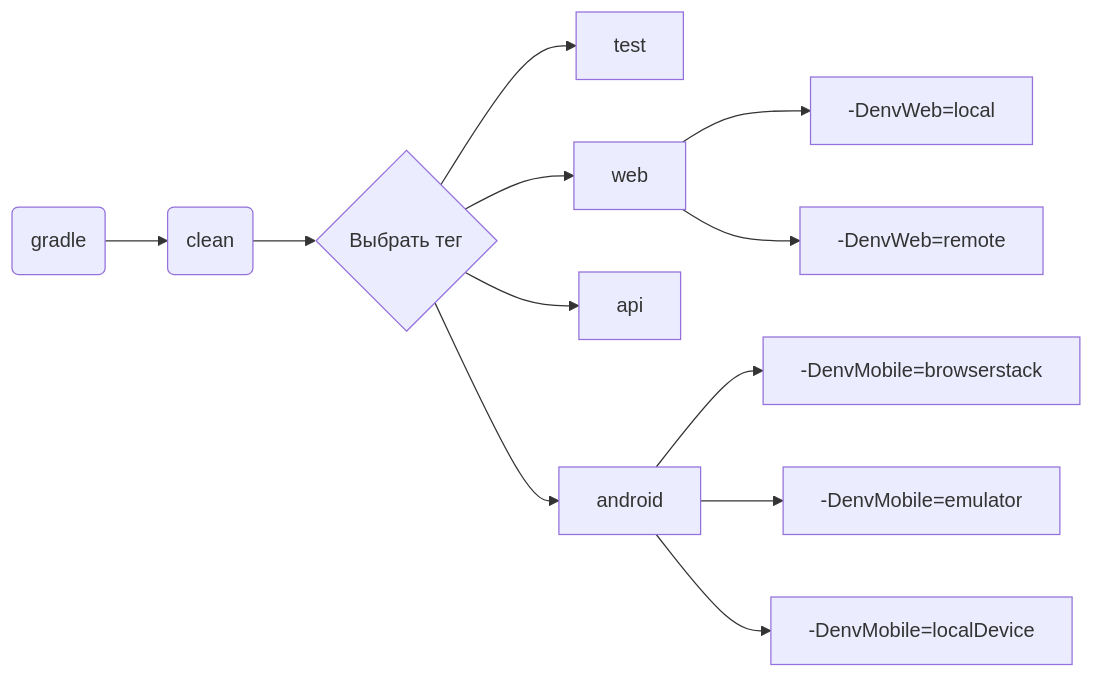
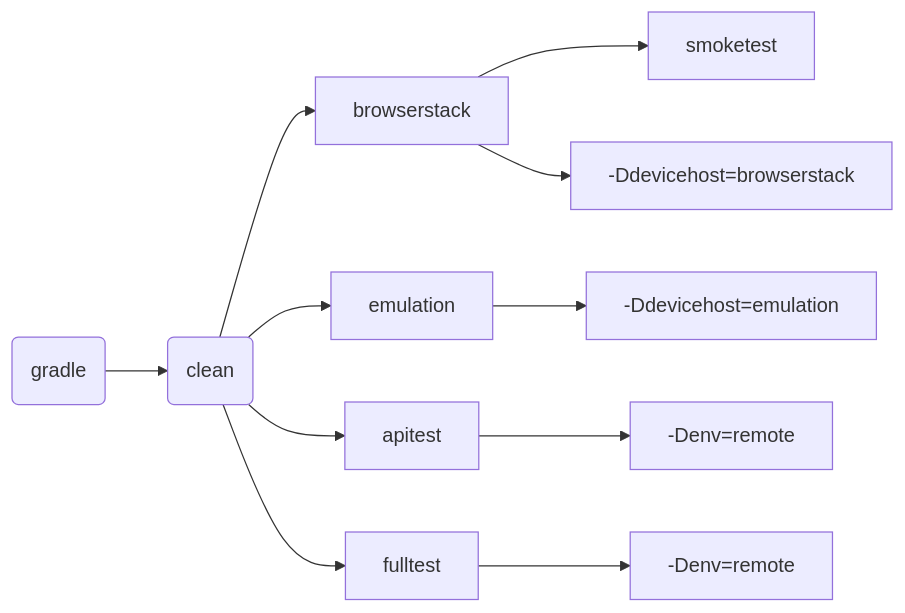
One commit to Marina24112021/asialuxe.uz changed the diagram in README.md. Above: the diagram before and after it, drawn with Mermaid. The commit also changed other lines of this file and 9 other files, not shown here.

````diff
--- a/README.md
+++ b/README.md
@@ -85,14 +86,13 @@
 ```mermaid 
 flowchart LR
     A(gradle) --> B(clean)
-    B --> C{Выбрать тег}
-    C --> D[test]
-    C --> E[web]
-    C --> F[api]
-    C --> G[android]
-    E --> H[-DenvWeb=local]
-    E --> I[-DenvWeb=remote]
-    G --> J[-DenvMobile=browserstack]
-    G --> K[-DenvMobile=emulator]
-    G --> L[-DenvMobile=localDevice]
+    B --> C[browserstack]
+    B --> D[emulation]
+    B --> E[apitest]
+    B --> F[fulltest]
+    C --> G[smoketest]
+    C --> H[-Ddevicehost=browserstack]
+    D --> I[-Ddevicehost=emulation]
+    E --> J[-Denv=remote]
+    F --> K[-Denv=remote]
 ```
````
